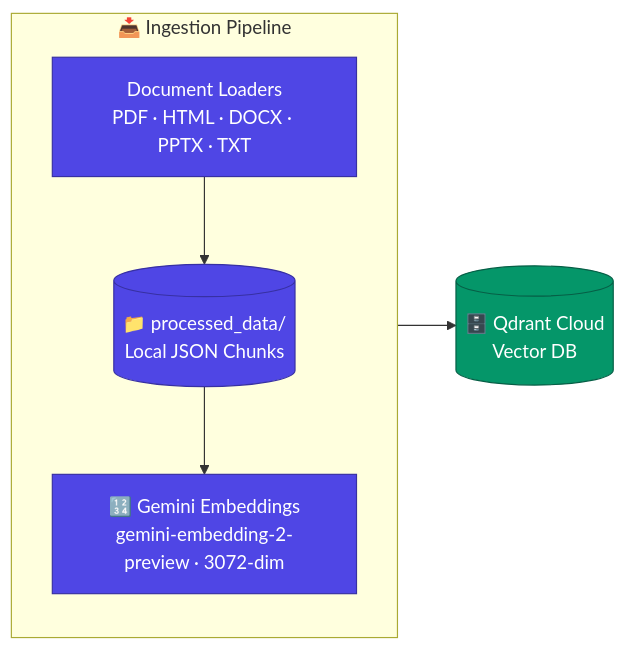
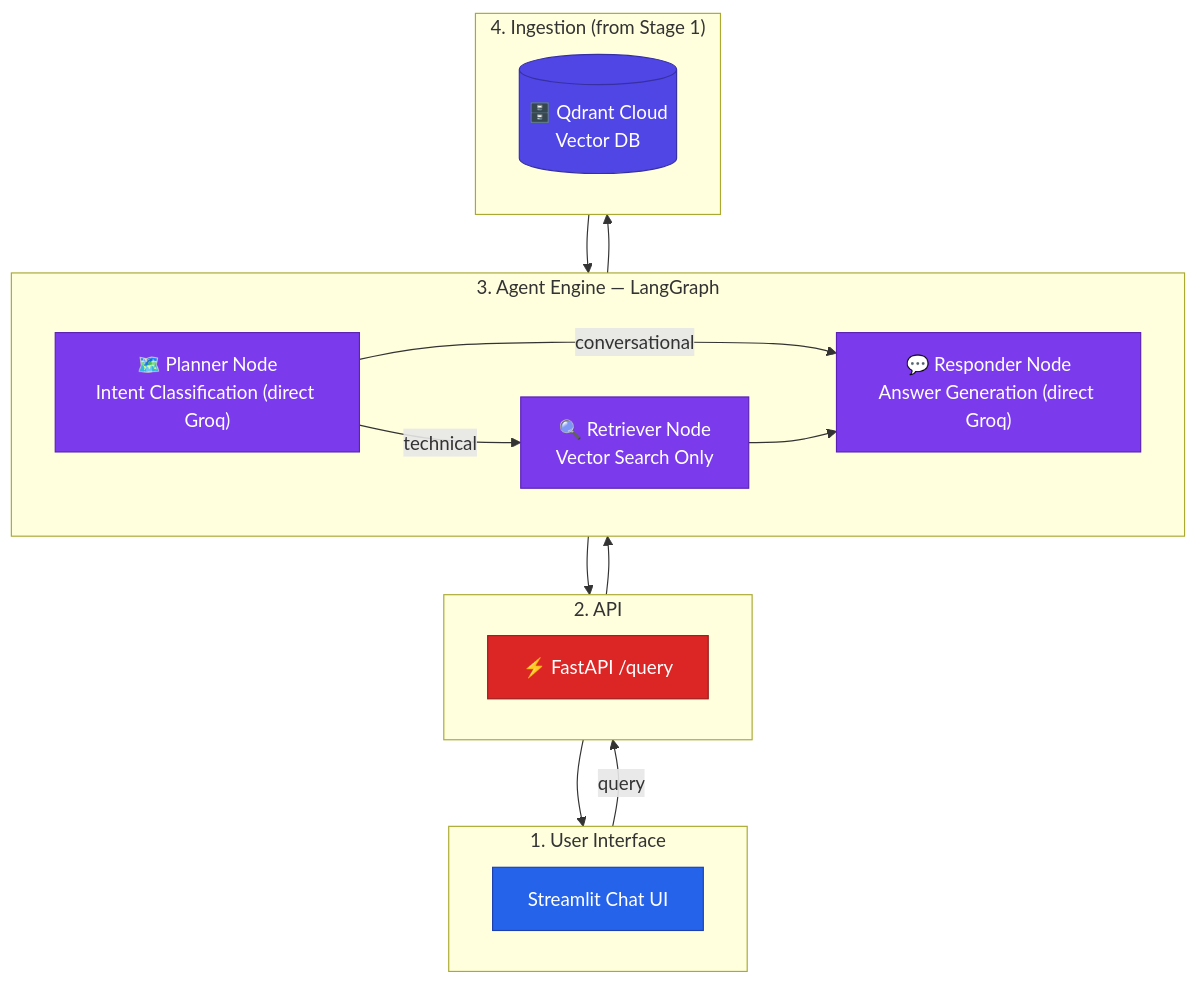
The diagram in ARCHITECTURE.md (krunalp1908/Build-Production-Grade-RAG---Application), drawn with Mermaid before and after one commit. The commit also changed other lines of this file and 10 other files, not shown here.

````diff
--- a/ARCHITECTURE.md
+++ b/ARCHITECTURE.md
@@ -7,19 +7,45 @@
 ```mermaid
-graph LR
-    subgraph INGEST ["📥 Ingestion Pipeline"]
-        direction TB
-        LOADER["Document Loaders\nPDF · HTML · DOCX · PPTX · TXT"]
-        PARSED[("📁 processed_data/\nLocal JSON Chunks")]
-        EMB["🔢 Gemini Embeddings\ngemini-embedding-2-preview · 3072-dim"]
+graph TB
+
+    subgraph UI ["1. User Interface"]
+        direction LR
+        CHAT["Streamlit Chat UI"]
     end
-    QD[("🗄️ Qdrant Cloud\nVector DB")]
 
-    LOADER --> PARSED
-    PARSED --> EMB
-    EMB --> QD
+    subgraph SAFETY ["2. API"]
+        direction LR
+        API["⚡ FastAPI  /query"]
+    end
 
-    classDef ingest fill:#4F46E5,stroke:#3730A3,color:#fff
-    classDef db fill:#059669,stroke:#065F46,color:#fff
-    class LOADER,PARSED,EMB ingest
-    class QD db
+    subgraph AGENT ["3. Agent Engine — LangGraph"]
+        direction LR
+        PL["🗺️ Planner Node\nIntent Classification (direct Groq)"]
+        RT["🔍 Retriever Node\nVector Search Only"]
+        RS["💬 Responder Node\nAnswer Generation (direct Groq)"]
+    end
+
+    subgraph INGEST ["4. Ingestion (from Stage 1)"]
+        direction LR
+        QD[("🗄️ Qdrant Cloud\nVector DB")]
+    end
+
+    CHAT -->|query| API
+    API --> PL
+    PL -->|conversational| RS
+    PL -->|technical| RT
+    RT --> QD
+    QD --> RT
+    RT --> RS
+    RS --> API
+    API --> CHAT
+
+    classDef ui      fill:#2563EB,stroke:#1E40AF,color:#fff
+    classDef safety  fill:#DC2626,stroke:#991B1B,color:#fff
+    classDef agent   fill:#7C3AED,stroke:#5B21B6,color:#fff
+    classDef ingest  fill:#4F46E5,stroke:#3730A3,color:#fff
+
+    class CHAT ui
+    class API safety
+    class PL,RT,RS agent
+    class QD ingest
 ```
````
